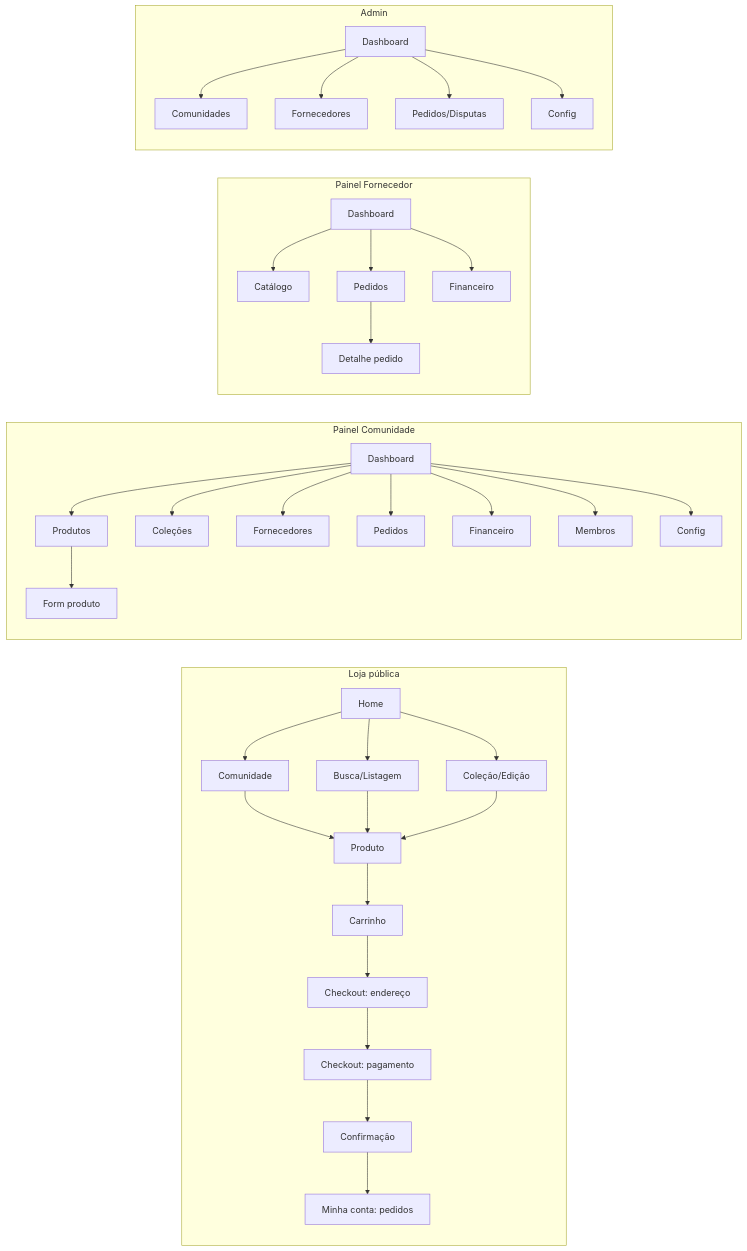
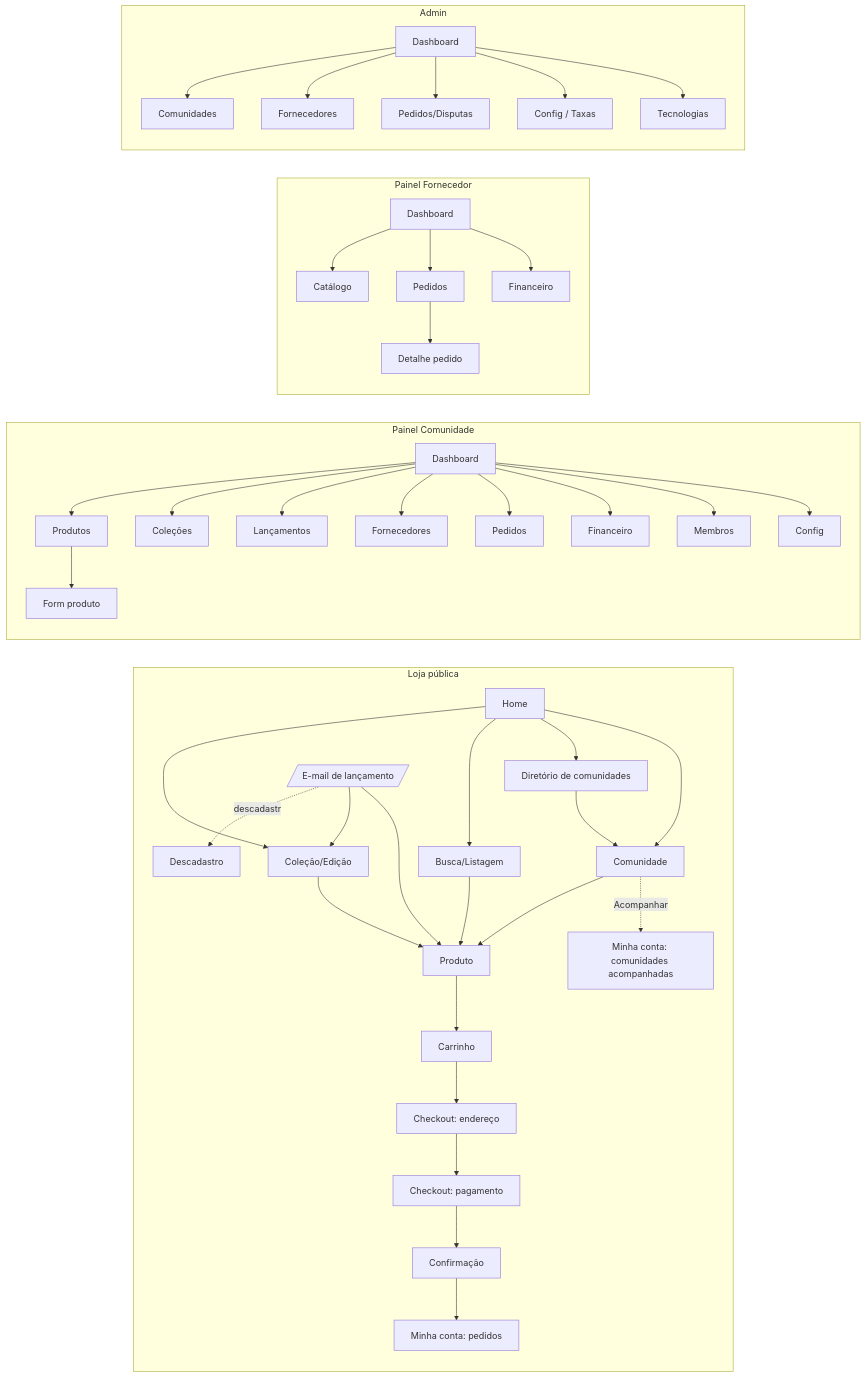
Before and after one commit to BdsOliveira/loja-tech-brasil: diagram 22 of 23 in modelo-de-negocios.md, drawn with Mermaid. The commit also changed other lines of this file, not shown here.

````diff
--- a/modelo-de-negocios.md
+++ b/modelo-de-negocios.md
@@ -794,39 +1141,46 @@
 ```mermaid
 flowchart LR
     subgraph Loja pública
         L01[Home] --> L02[Comunidade]
+        L01 --> L03b[Diretório de comunidades] --> L02
+        L02 -.Acompanhar.-> L11[Minha conta: comunidades acompanhadas]
+        E08[/E-mail de lançamento/] --> L05
+        E08 --> L04
+        E08 -.descadastro.-> L12[Descadastro]
         L01 --> L03[Busca/Listagem]
         L01 --> L04[Coleção/Edição]
         L02 --> L05[Produto]
         L03 --> L05
         L04 --> L05
         L05 --> L06[Carrinho]
         L06 --> L07[Checkout: endereço]
         L07 --> L08[Checkout: pagamento]
         L08 --> L09[Confirmação]
         L09 --> L10[Minha conta: pedidos]
     end
 
     subgraph Painel Comunidade
         C02[Dashboard] --> C03[Produtos] --> C04[Form produto]
         C02 --> C05[Coleções]
+        C02 --> C05b[Lançamentos]
         C02 --> C06[Fornecedores]
         C02 --> C07[Pedidos]
         C02 --> C08[Financeiro]
         C02 --> C09[Membros]
         C02 --> C10[Config]
     end
 
     subgraph Painel Fornecedor
         F02[Dashboard] --> F03[Catálogo]
         F02 --> F04[Pedidos] --> F05[Detalhe pedido]
         F02 --> F06[Financeiro]
     end
 
     subgraph Admin
         A01[Dashboard] --> A02[Comunidades]
         A01 --> A03[Fornecedores]
         A01 --> A04[Pedidos/Disputas]
-        A01 --> A05[Config]
+        A01 --> A05[Config / Taxas]
+        A01 --> A06[Tecnologias]
     end
 ```
````
